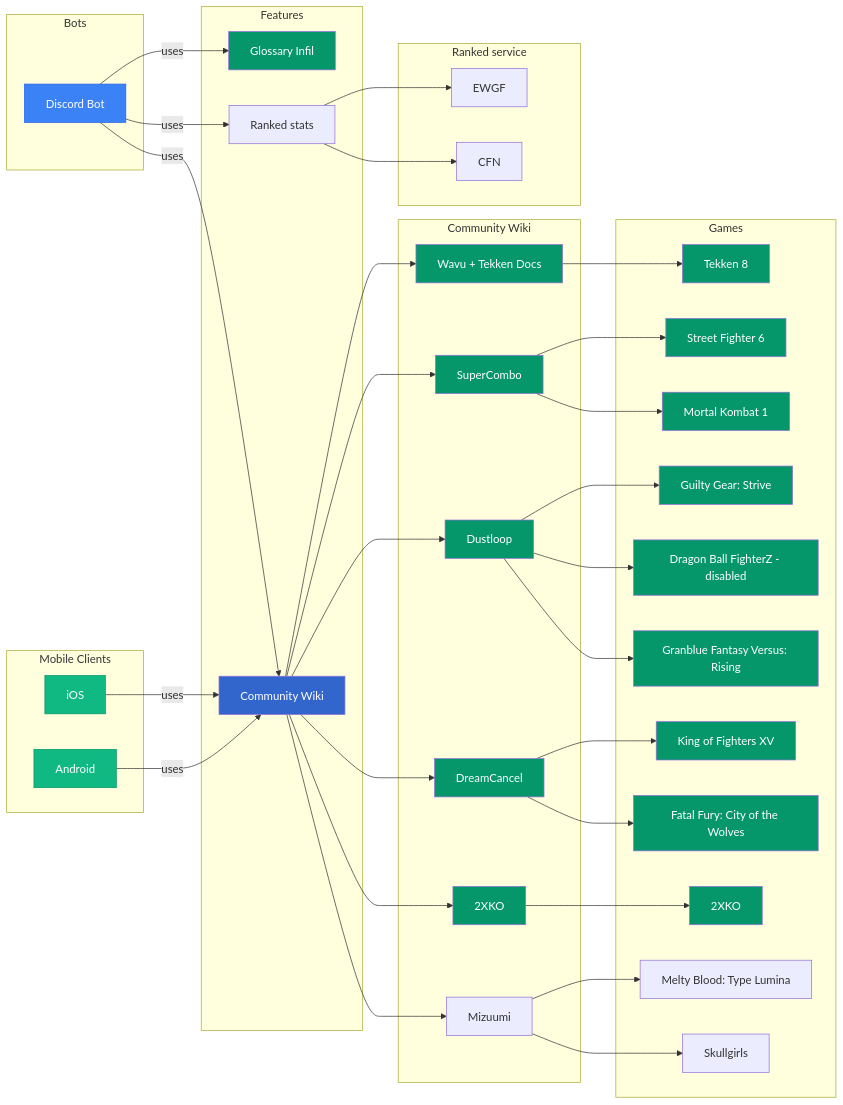
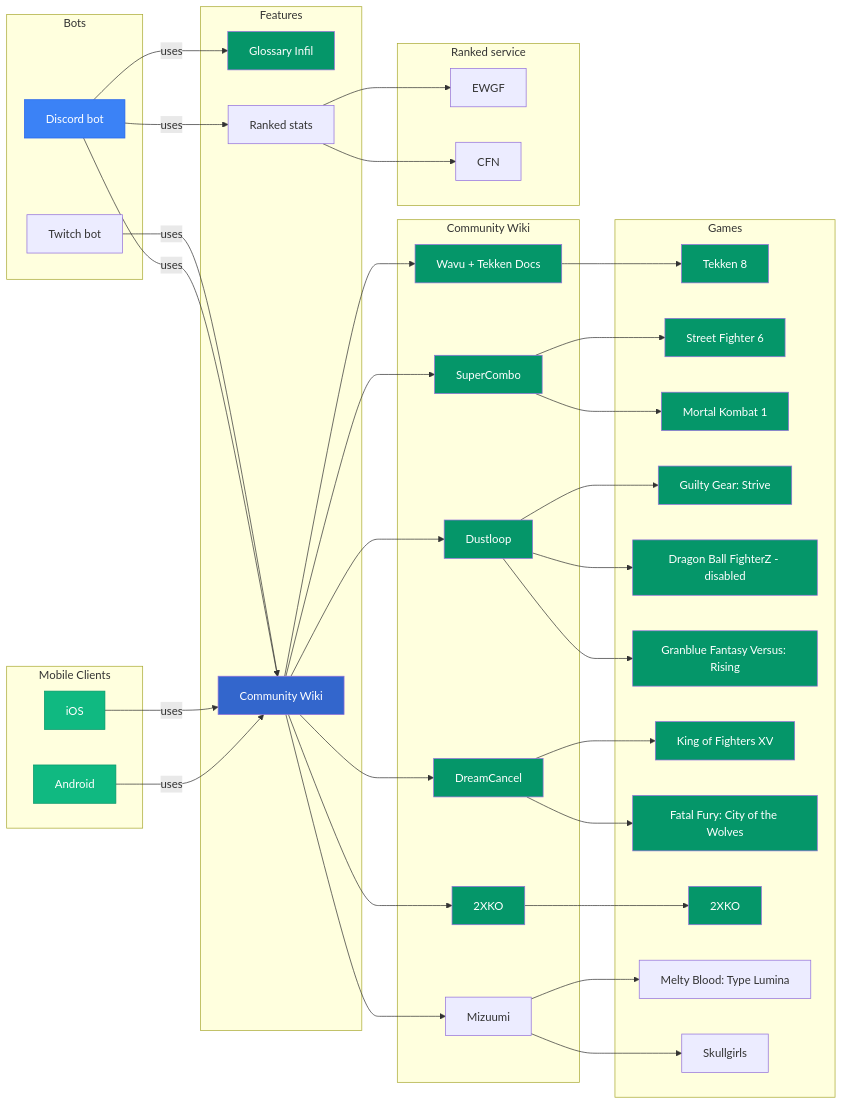
The diagram in README.md (Sophon/FightingNerd), drawn with Mermaid before and after one commit. The commit also changed 85 other files, not shown here.

````diff
--- a/README.md
+++ b/README.md
@@ -22,7 +22,8 @@
 ```mermaid
 graph LR
     subgraph Bots
-        discordBot[Discord Bot]
+        discordBot[Discord bot]
+        twitchBot[Twitch bot]
     end
 
     subgraph "Mobile Clients"
@@ -70,6 +71,7 @@
     discordBot -->|uses| glossaryInfil
     discordBot -->|uses| communityWiki
     discordBot -->|uses| elo
+    twitchBot -->|uses| communityWiki
 
     communityWiki --> wikiWavu
     communityWiki --> supercombo
````
